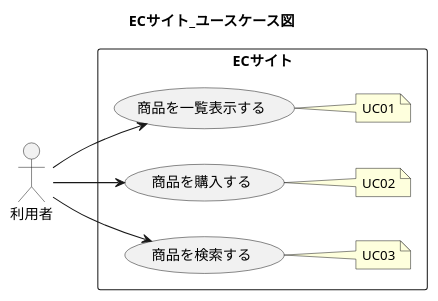
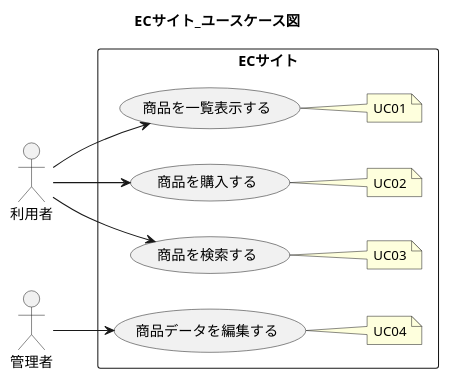
The diagram in UseCase/UseCase_Diagram.puml (wnakayama/ojt_ecsite), drawn with PlantUML before and after one commit. The commit also changed 3 other files, not shown here.

```diff
--- a/UseCase/UseCase_Diagram.puml
+++ b/UseCase/UseCase_Diagram.puml
@@ -1,32 +1,39 @@
 @startuml
 
 title ECサイト_ユースケース図
 :利用者: as user
+:管理者: as admin
 
 rectangle ECサイト {
 
     (商品を一覧表示する) as (showProduct)
     (商品を購入する) as (buyProduct)
     (商品を検索する) as (searchProduct)
+    (商品データを編集する) as (editProductData)
 
     left to right direction
     user --> showProduct
     user --> buyProduct
     user --> searchProduct
+    admin --> editProductData
 
 
     note right of showProduct
     UC01
     end note
 
     note right of buyProduct
     UC02
     end note
 
     
     note right of searchProduct
     UC03
     end note
 
+    note right of editProductData
+    UC04
+    end note
+
 }
 @enduml
```
